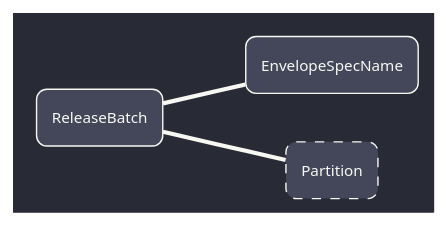
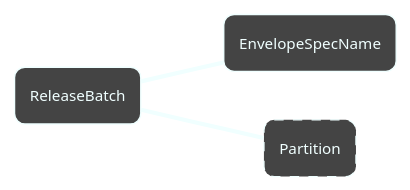
Before and after one commit to icraftsoftware/biztalk.factory.github.io: the diagram in BizTalk/Factory/Batching/Application/BatchReleaseMessage.puml, drawn with PlantUML. The commit also changed 2865 other files, not shown here.

```diff
--- a/BizTalk/Factory/Batching/Application/BatchReleaseMessage.puml
+++ b/BizTalk/Factory/Batching/Application/BatchReleaseMessage.puml
@@ -1,28 +1,28 @@
 @startuml
 !theme metal
-skinparam BackgroundColor #282a36
+'skinparam BackgroundColor #333333
 'skinparam LineType ortho
 skinparam Arrow {
-  Color #f8f8f2
-  FontColor #f8f8f2
+  Color #F0FFFF
+  FontColor #F0FFFF
 }
 skinparam Class {
-  BackgroundColor #44475a
-  BorderColor #f8f8f2
-  FontColor #f8f8f2
+  BackgroundColor #444444
+  BorderColor #F0FFFF
+  FontColor #F0FFFF
 }
 hide circle
 hide members
 left to right direction
 
 
 class ReleaseBatch
 class EnvelopeSpecName
 'class EnvironmentTag #line.dashed
 class Partition #line.dashed
 
 ReleaseBatch -- EnvelopeSpecName
 'ReleaseBatch -- EnvironmentTag
 ReleaseBatch -- Partition
 
 @enduml
```
